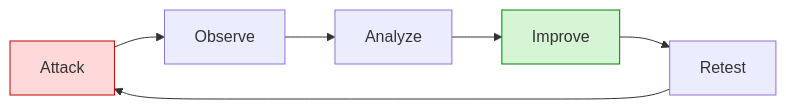
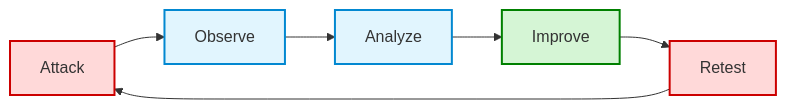
One commit to kamaldhingra1/ase-explorer-app changed the diagram in training/diagrams/ai-red-teaming.mmd. Above: the diagram before and after it, drawn with Mermaid. The commit also changed 12 other files, not shown here.

```diff
--- a/training/diagrams/ai-red-teaming.mmd
+++ b/training/diagrams/ai-red-teaming.mmd
@@ -1,14 +1,19 @@
 flowchart LR
 
 Attack --> Observe
-
 Observe --> Analyze
-
 Analyze --> Improve
-
 Improve --> Retest
-
 Retest --> Attack
 
-style Attack fill:#ffd9d9,stroke:#cc0000
-style Improve fill:#d5f5d5,stroke:#008000
+%% --- Theme Styling ---
+%% Red/Danger for active offensive steps
+style Attack fill:#ffd9d9,stroke:#cc0000,stroke-width:2px
+style Retest fill:#ffd9d9,stroke:#cc0000,stroke-width:2px
+
+%% Neutral Blue/Gray for evaluation steps
+style Observe fill:#e1f5fe,stroke:#0288d1,stroke-width:2px
+style Analyze fill:#e1f5fe,stroke:#0288d1,stroke-width:2px
+
+%% Green/Success for optimization steps
+style Improve fill:#d5f5d5,stroke:#008000,stroke-width:2px
```
